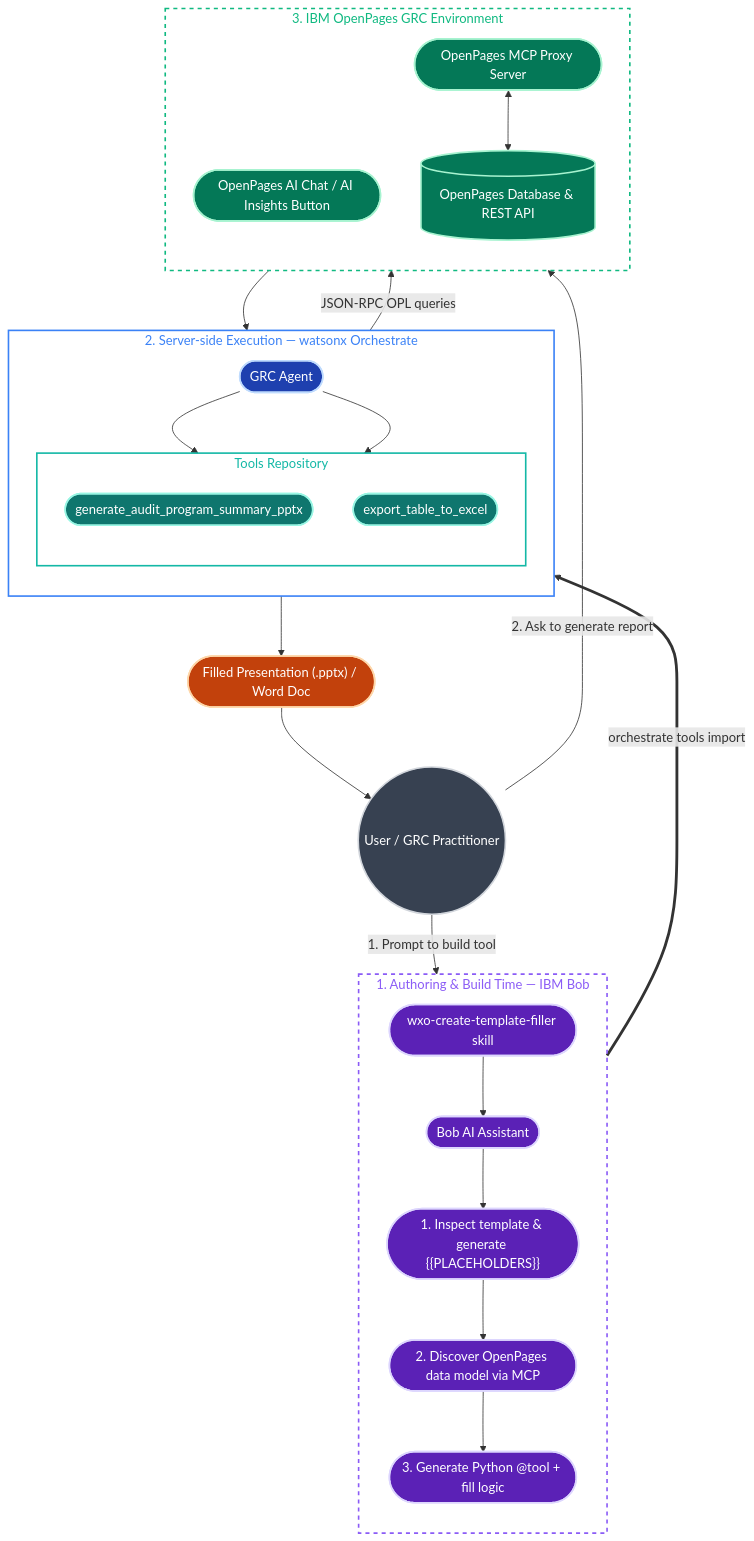
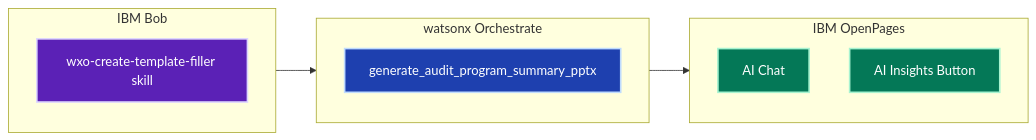
Before and after one commit to jpradier/ibm-openpages-generating-doc: the diagram in README.md, drawn with Mermaid. The commit also changed other lines of this file, not shown here.

Commit message:
Simplify architecture diagram

````diff
--- a/README.md
+++ b/README.md
@@ -87,55 +87,21 @@
 ```mermaid
-flowchart TD
-    %% --- COLOUR PALETTE & STYLING ---
-    classDef actor fill:#374151,stroke:#d1d5db,stroke-width:2px,color:#fff
+flowchart LR
     classDef bob fill:#5b21b6,stroke:#ddd6fe,stroke-width:2px,color:#fff
     classDef wxo fill:#1e40af,stroke:#bfdbfe,stroke-width:2px,color:#fff
-    classDef tool fill:#0f766e,stroke:#99f6e4,stroke-width:2px,color:#fff
-    classDef op fill:#047857,stroke:#a7f3d0,stroke-width:2px,color:#fff
-    classDef out fill:#c2410c,stroke:#fed7aa,stroke-width:2px,color:#fff
+    classDef op  fill:#047857,stroke:#a7f3d0,stroke-width:2px,color:#fff
 
-    User((User / GRC Practitioner)):::actor
-
-    subgraph BobEnv["1. Authoring & Build Time — IBM Bob"]
-        direction TB
-        BobSkill(["wxo-create-template-filler skill"]):::bob
-        BobEngine(["Bob AI Assistant"]):::bob
-        BobSkill --> BobEngine
-        BobEngine --> BuildPlan(["1. Inspect template & generate {{PLACEHOLDERS}}"]):::bob
-        BuildPlan --> DiscoverOP(["2. Discover OpenPages data model via MCP"]):::bob
-        DiscoverOP --> ImplTool(["3. Generate Python @tool + fill logic"]):::bob
+    subgraph Bob["IBM Bob"]
+        BobSkill["wxo-create-template-filler skill"]:::bob
     end
 
-    subgraph WXOEnv["2. Server-side Execution — watsonx Orchestrate"]
-        direction TB
-        GRCAgent(["GRC Agent"]):::wxo
-        subgraph Tools["Tools Repository"]
-            direction TB
-            GenTool(["generate_audit_program_summary_pptx"]):::tool
-            ExcelTool(["export_table_to_excel"]):::tool
-        end
-        GRCAgent --> GenTool
-        GRCAgent --> ExcelTool
+    subgraph Orchestrate["watsonx Orchestrate"]
+        GenTool["generate_audit_program_summary_pptx"]:::wxo
     end
 
-    subgraph OPEnv["3. IBM OpenPages GRC Environment"]
-        direction TB
-        OPChat(["OpenPages AI Chat / AI Insights Button"]):::op
-        OPData[("OpenPages Database & REST API")]:::op
-        MCPProxy(["OpenPages MCP Proxy Server"]):::op
-        OPChat --> GRCAgent
-        MCPProxy <--> OPData
+    subgraph OpenPages["IBM OpenPages"]
+        AIChat["AI Chat"]:::op
+        AIInsights["AI Insights Button"]:::op
     end
 
-    ImplTool ==>|orchestrate tools import| GenTool
-    User -->|1. Prompt to build tool| BobEngine
-    User -->|2. Ask to generate report| OPChat
-    GenTool -->|JSON-RPC OPL queries| MCPProxy
-    GenTool --> OutputDoc(["Filled Presentation (.pptx) / Word Doc"]):::out
-    OutputDoc --> User
-
-    style BobEnv fill:none,stroke:#8b5cf6,stroke-width:2px,stroke-dasharray:5 5,color:#8b5cf6
-    style WXOEnv fill:none,stroke:#3b82f6,stroke-width:2px,color:#3b82f6
-    style OPEnv fill:none,stroke:#10b981,stroke-width:2px,stroke-dasharray:5 5,color:#10b981
-    style Tools fill:none,stroke:#14b8a6,stroke-width:2px,color:#14b8a6
+    Bob --> Orchestrate --> OpenPages
 ```
````
